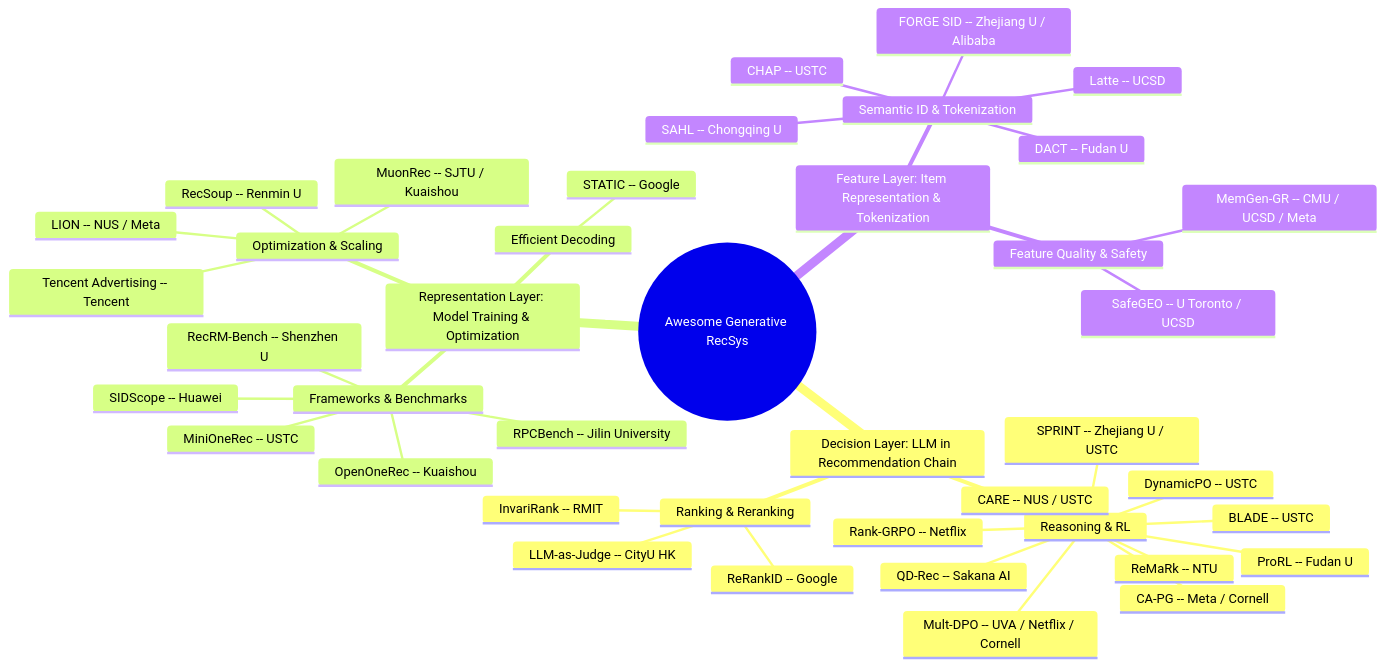
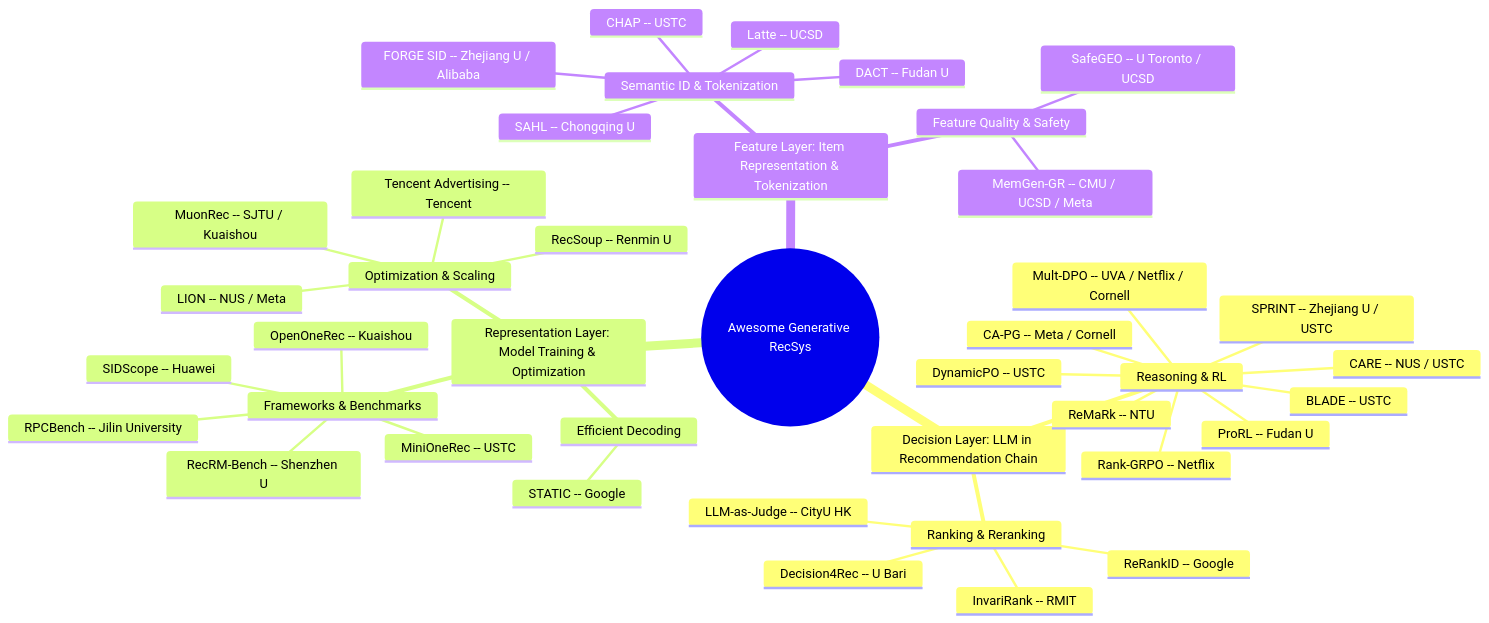
The diagram in README.md (HaFred/awesome-generative-recsys), drawn with Mermaid before and after one commit. The commit also changed other lines of this file and 2 other files, not shown here.

Commit message:
feat: Oct 21 genrec hunt - 6 papers, Decision4Rec open-sourced (U Bari)

````diff
--- a/README.md
+++ b/README.md
@@ -30,44 +30,44 @@
 ```mermaid
 mindmap
   root((Awesome Generative RecSys))
     Decision Layer: LLM in Recommendation Chain
       Reasoning & RL
         Rank-GRPO -- Netflix
         DynamicPO -- USTC
         BLADE -- USTC
         SPRINT -- Zhejiang U / USTC
         CARE -- NUS / USTC
         Mult-DPO -- UVA / Netflix / Cornell
         CA-PG -- Meta / Cornell
         ProRL -- Fudan U
         ReMaRk -- NTU
-        QD-Rec -- Sakana AI
       Ranking & Reranking
         InvariRank -- RMIT
         LLM-as-Judge -- CityU HK
         ReRankID -- Google
+        Decision4Rec -- U Bari
     Representation Layer: Model Training & Optimization
       Frameworks & Benchmarks
         MiniOneRec -- USTC
         OpenOneRec -- Kuaishou
         RecRM-Bench -- Shenzhen U
         SIDScope -- Huawei
         RPCBench -- Jilin University
       Efficient Decoding
         STATIC -- Google
       Optimization & Scaling
         MuonRec -- SJTU / Kuaishou
         Tencent Advertising -- Tencent
         LION -- NUS / Meta
         RecSoup -- Renmin U
     Feature Layer: Item Representation & Tokenization
       Semantic ID & Tokenization
         Latte -- UCSD
         FORGE SID -- Zhejiang U / Alibaba
         DACT -- Fudan U
         CHAP -- USTC
         SAHL -- Chongqing U
       Feature Quality & Safety
         SafeGEO -- U Toronto / UCSD
         MemGen-GR -- CMU / UCSD / Meta
 ```
````
